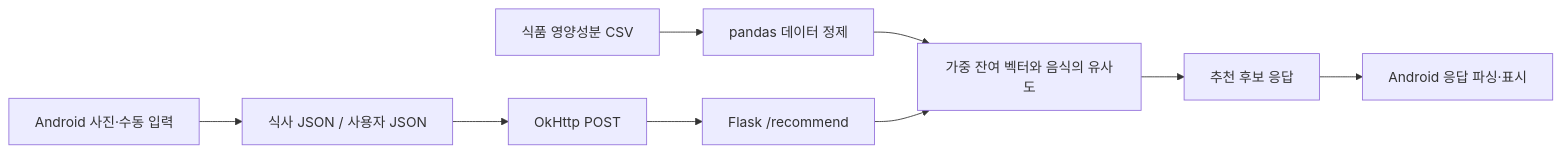
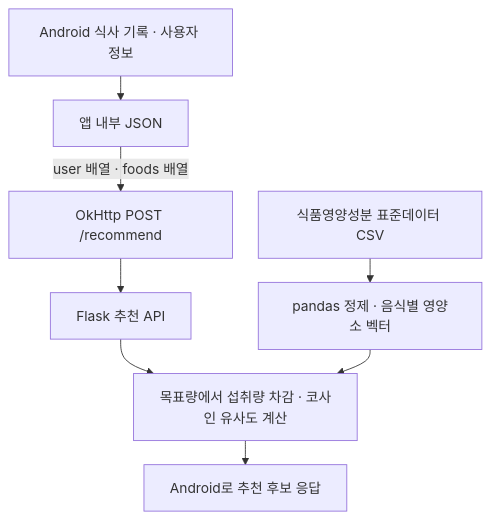
One commit to keeeery/portfolio changed the first of 4 diagrams in src/5-Nutrifit/TechDoc_Nutrifit.md. Above: the diagram before and after it, drawn with Mermaid. The commit also changed other lines of this file and 11 other files, not shown here.

````diff
--- a/src/5-Nutrifit/TechDoc_Nutrifit.md
+++ b/src/5-Nutrifit/TechDoc_Nutrifit.md
@@ -54,11 +58,11 @@
 ```mermaid
-flowchart LR
-    App[Android 사진·수동 입력] --> Local[식사 JSON / 사용자 JSON]
-    Local --> Request[OkHttp POST]
-    Request --> API[Flask /recommend]
-    CSV[식품 영양성분 CSV] --> Clean[pandas 데이터 정제]
-    Clean --> Rank[가중 잔여 벡터와 음식의 유사도]
-    API --> Rank
-    Rank --> Response[추천 후보 응답]
-    Response --> View[Android 응답 파싱·표시]
+%%{init: {"flowchart": {"rankSpacing": 28, "nodeSpacing": 30}}}%%
+flowchart TB
+    Record["Android 식사 기록 · 사용자 정보"] --> Local["앱 내부 JSON"]
+    Local -->|user 배열 · foods 배열| Request["OkHttp POST /recommend"]
+    Request --> API["Flask 추천 API"]
+    CSV["식품영양성분 표준데이터 CSV"] --> Clean["pandas 정제 · 음식별 영양소 벡터"]
+    API --> Rank["목표량에서 섭취량 차감 · 코사인 유사도 계산"]
+    Clean --> Rank
+    Rank --> Response["Android로 추천 후보 응답"]
 ```
````
